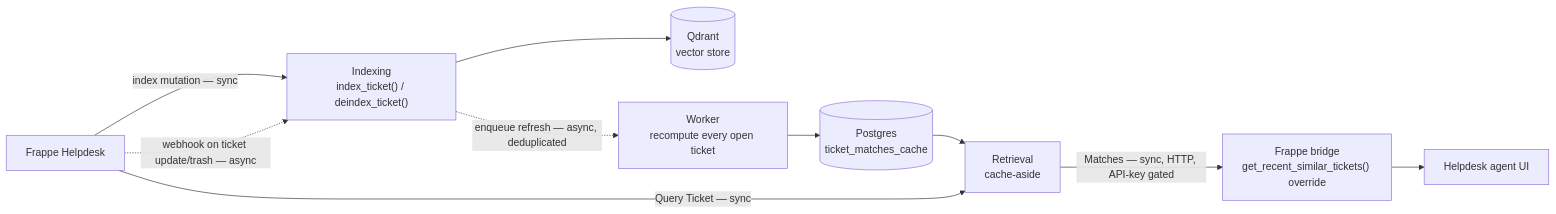
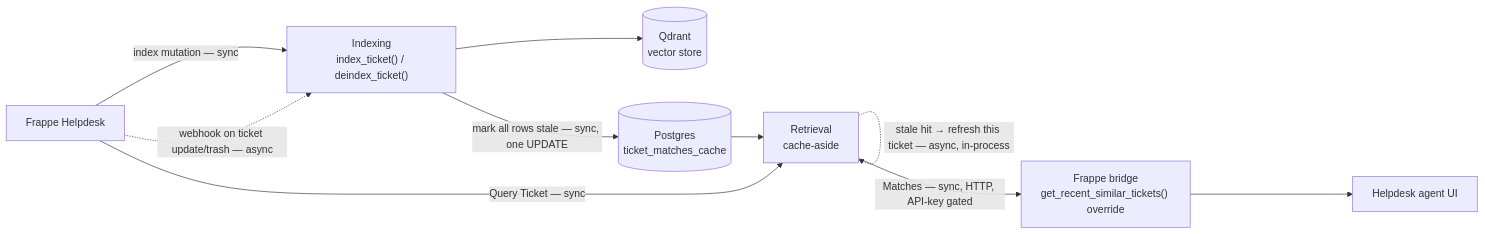
One commit to arunjoyt/ticket-match-rag changed the first of 2 diagrams in docs/ARCHITECTURE.md. Above: the diagram before and after it, drawn with Mermaid. The commit also changed other lines of this file and 22 other files, not shown here.

````diff
--- a/docs/ARCHITECTURE.md
+++ b/docs/ARCHITECTURE.md
@@ -9,12 +9,12 @@
 ```mermaid
 flowchart LR
     HD["Frappe Helpdesk"] -->|"index mutation — sync"| IDX["Indexing<br/>index_ticket() / deindex_ticket()"]
     HD -. "webhook on ticket update/trash — async" .-> IDX
     IDX --> VS[("Qdrant<br/>vector store")]
-    IDX -. "enqueue refresh — async, deduplicated" .-> WORKER["Worker<br/>recompute every open ticket"]
-    WORKER --> PG[("Postgres<br/>ticket_matches_cache")]
+    IDX -->|"mark all rows stale — sync, one UPDATE"| PG[("Postgres<br/>ticket_matches_cache")]
     PG --> RET["Retrieval<br/>cache-aside"]
+    RET -. "stale hit → refresh this ticket — async, in-process" .-> RET
     HD -->|"Query Ticket — sync"| RET
     RET -->|"Matches — sync, HTTP, API-key gated"| BRIDGE["Frappe bridge<br/>get_recent_similar_tickets() override"]
     BRIDGE --> HDUI["Helpdesk agent UI"]
 ```
````
